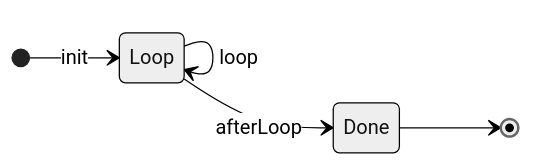
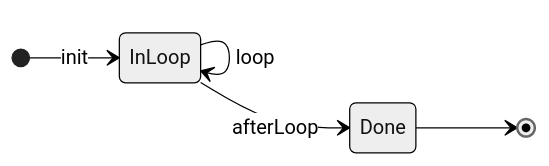
The diagram in img/prng1-control.mermaid (konnov/protocols-made-fun), drawn with Mermaid (neutral theme) before and after one commit. The commit also changed 3 other files, not shown here.

```diff
--- a/img/prng1-control.mermaid
+++ b/img/prng1-control.mermaid
@@ -1,6 +1,7 @@
+%% mmdc -i prng1-control.mermaid -o prng1-control.png -b transparent
 stateDiagram
     direction LR
-    [*] --> Loop: init
-    Loop --> Loop: loop
-    Loop --> Done: afterLoop
+    [*] --> InLoop: init
+    InLoop --> InLoop: loop
+    InLoop --> Done: afterLoop
     Done --> [*]
```
